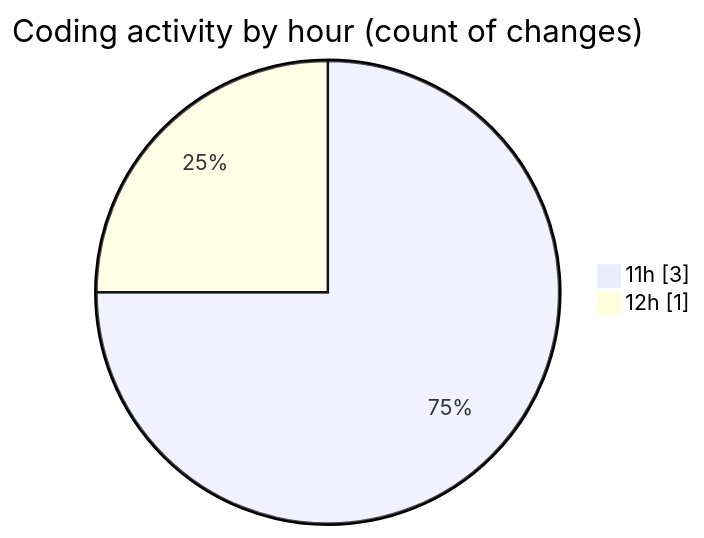
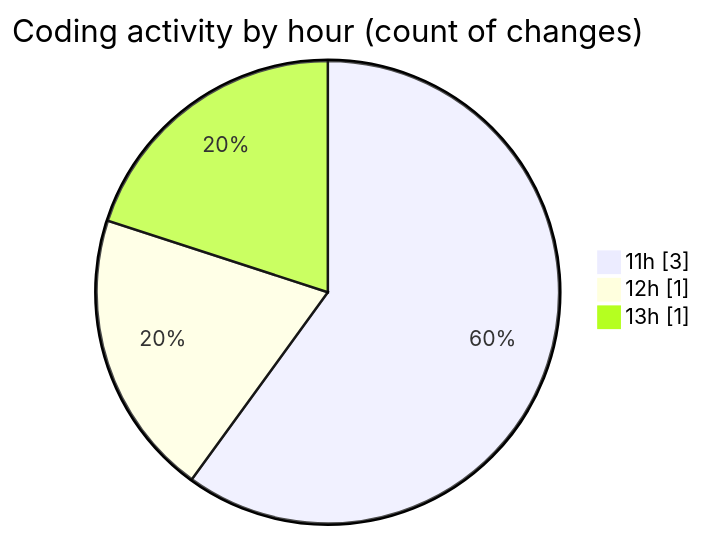
The second of 2 diagrams in 2025-12-01/nxtqube_webapp/README.md (nxtqubesakshisongat/code-tracking), drawn with Mermaid before and after one commit. The commit also changed other lines of this file and 1 other file, not shown here.

````diff
--- a/2025-12-01/nxtqube_webapp/README.md
+++ b/2025-12-01/nxtqube_webapp/README.md
@@ -29,6 +31,7 @@
 ```mermaid
 pie showData
 title Coding activity by hour (count of changes)
 "11h" : 3
 "12h" : 1
+"13h" : 1
 ```
````
